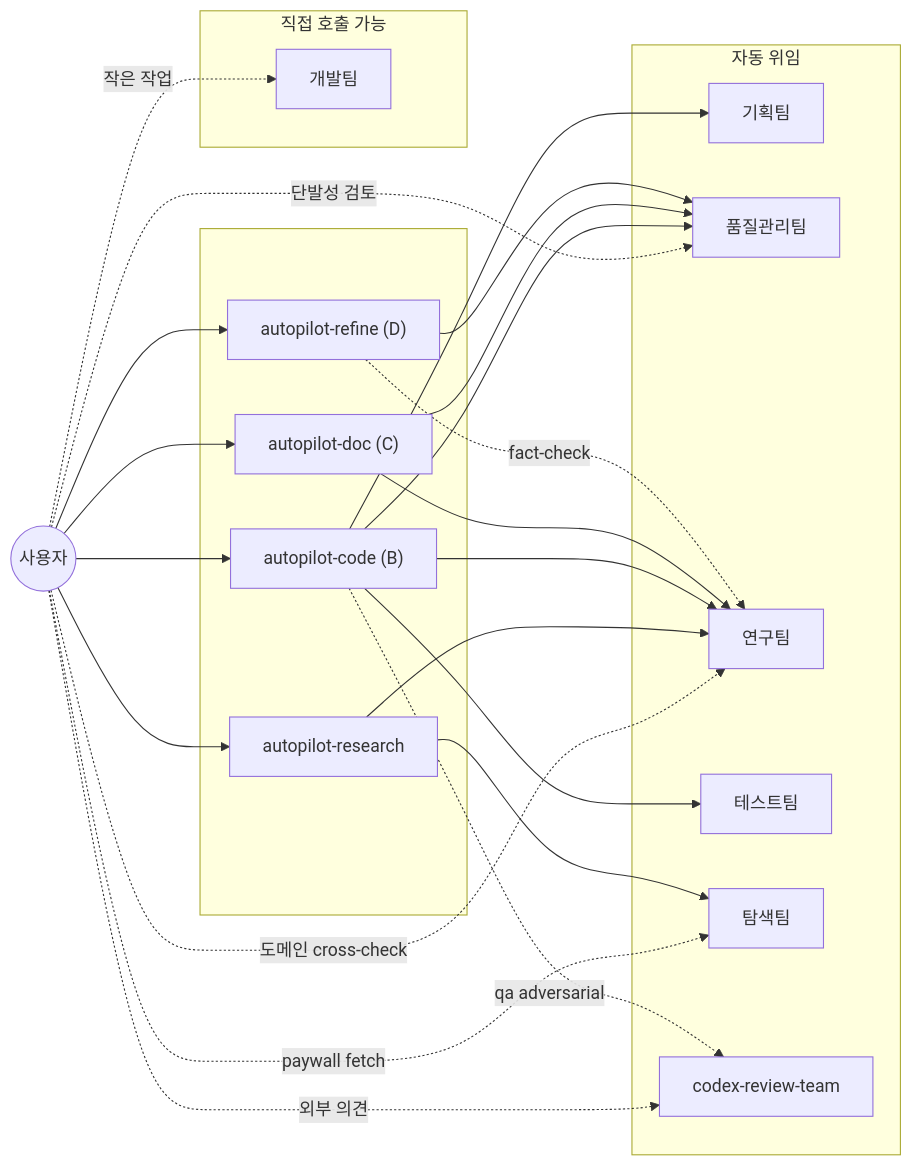
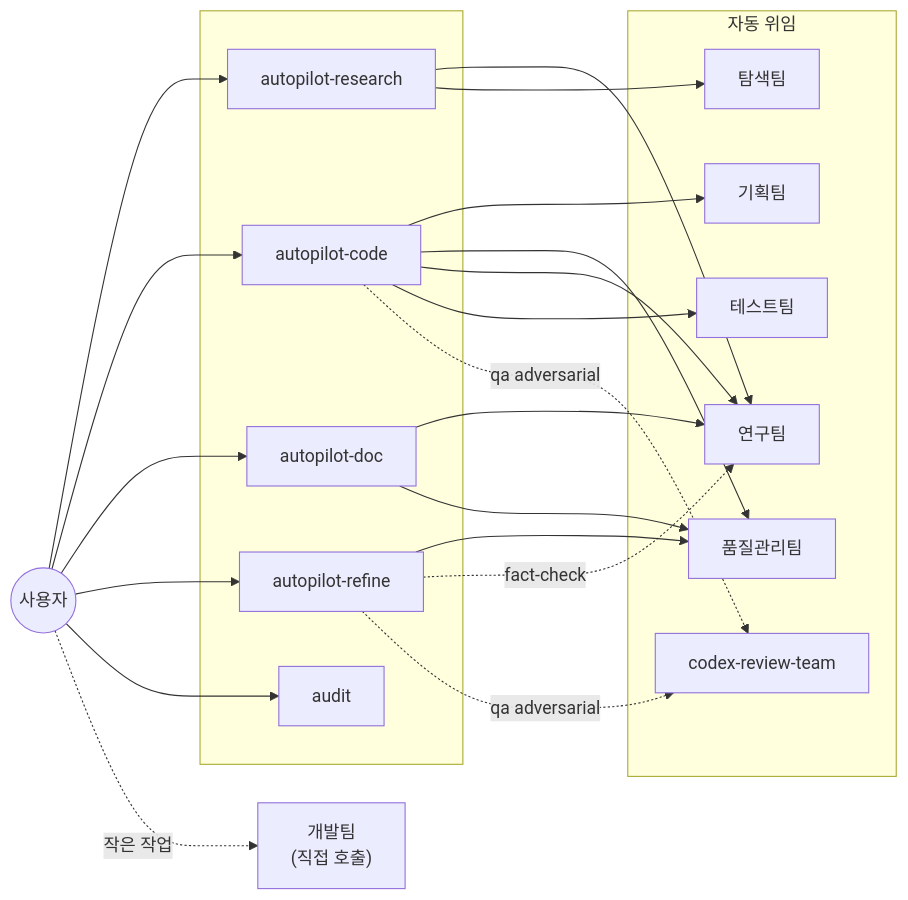
One commit to dmlguq456/agent_setting changed the third of 3 diagrams in README.md. Above: the diagram before and after it, drawn with Mermaid. The commit also changed other lines of this file and 9 other files, not shown here.

````diff
--- a/README.md
+++ b/README.md
@@ -200,41 +221,38 @@
 ```mermaid
 flowchart LR
     USER(("사용자"))
     subgraph SKILLS[" "]
         ARES["autopilot-research"]
-        ACODE["autopilot-code (B)"]
-        ADOC["autopilot-doc (C)"]
-        AREF["autopilot-refine (D)"]
+        ACODE["autopilot-code"]
+        ADOC["autopilot-doc"]
+        AREF["autopilot-refine"]
+        AUD["audit"]
     end
     subgraph AUTO["자동 위임"]
         PT["기획팀"]
         QT["품질관리팀"]
         RT["연구팀"]
         TT["테스트팀"]
         BT["탐색팀"]
         CRT["codex-review-team"]
     end
-    subgraph DIRECT["직접 호출 가능"]
-        DT["개발팀"]
-    end
+    DT["개발팀<br/>(직접 호출)"]
     USER --> ARES
     USER --> ACODE
     USER --> ADOC
     USER --> AREF
+    USER --> AUD
     USER -. 작은 작업 .-> DT
-    USER -. 단발성 검토 .-> QT
-    USER -. 도메인 cross-check .-> RT
-    USER -. 외부 의견 .-> CRT
-    USER -. paywall fetch .-> BT
     ARES --> RT
     ARES --> BT
     ACODE --> PT
     ACODE --> QT
     ACODE --> RT
     ACODE --> TT
     ACODE -. qa adversarial .-> CRT
     ADOC --> RT
     ADOC --> QT
     AREF --> QT
     AREF -. fact-check .-> RT
+    AREF -. qa adversarial .-> CRT
 ```
````
